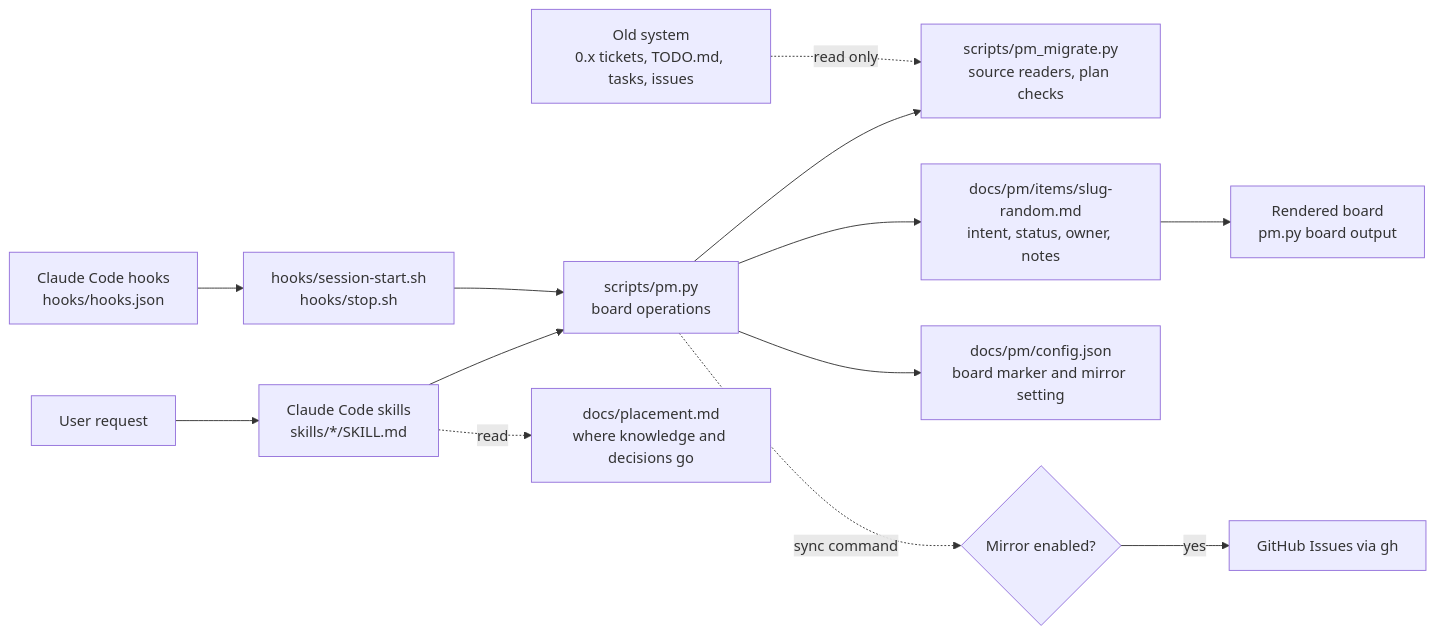
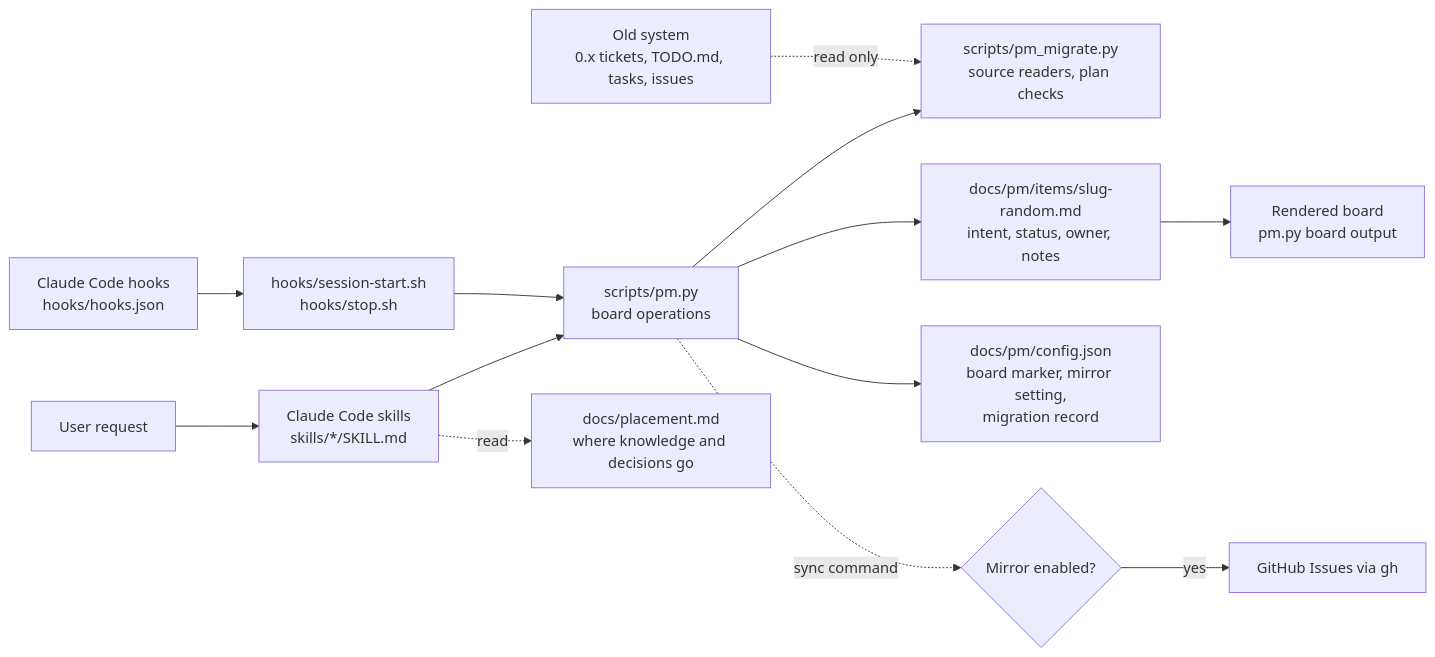
One commit to yehezkieled/pm-plugin changed the first of 3 diagrams in docs/architecture.md. Above: the diagram before and after it, drawn with Mermaid. The commit also changed other lines of this file and 6 other files, not shown here.

Commit message:
no-mistakes(review): Record migrated keys in config.json; hook reminds on unrecorded tickets

````diff
--- a/docs/architecture.md
+++ b/docs/architecture.md
@@ -7,15 +7,15 @@
 ```mermaid
 flowchart LR
   U[User request] --> S[Claude Code skills<br/>skills/*/SKILL.md]
   S --> C[scripts/pm.py<br/>board operations]
   C --> M[scripts/pm_migrate.py<br/>source readers, plan checks]
   OLD[Old system<br/>0.x tickets, TODO.md, tasks, issues] -. read only .-> M
   C --> I[docs/pm/items/slug-random.md<br/>intent, status, owner, notes]
-  C --> K[docs/pm/config.json<br/>board marker and mirror setting]
+  C --> K[docs/pm/config.json<br/>board marker, mirror setting,<br/>migration record]
   S -. read .-> PG[docs/placement.md<br/>where knowledge and decisions go]
   I --> B[Rendered board<br/>pm.py board output]
   H[Claude Code hooks<br/>hooks/hooks.json] --> SH[hooks/session-start.sh<br/>hooks/stop.sh]
   SH --> C
   G{Mirror enabled?} -->|yes| GH[GitHub Issues via gh]
   C -. sync command .-> G
 ```
````
